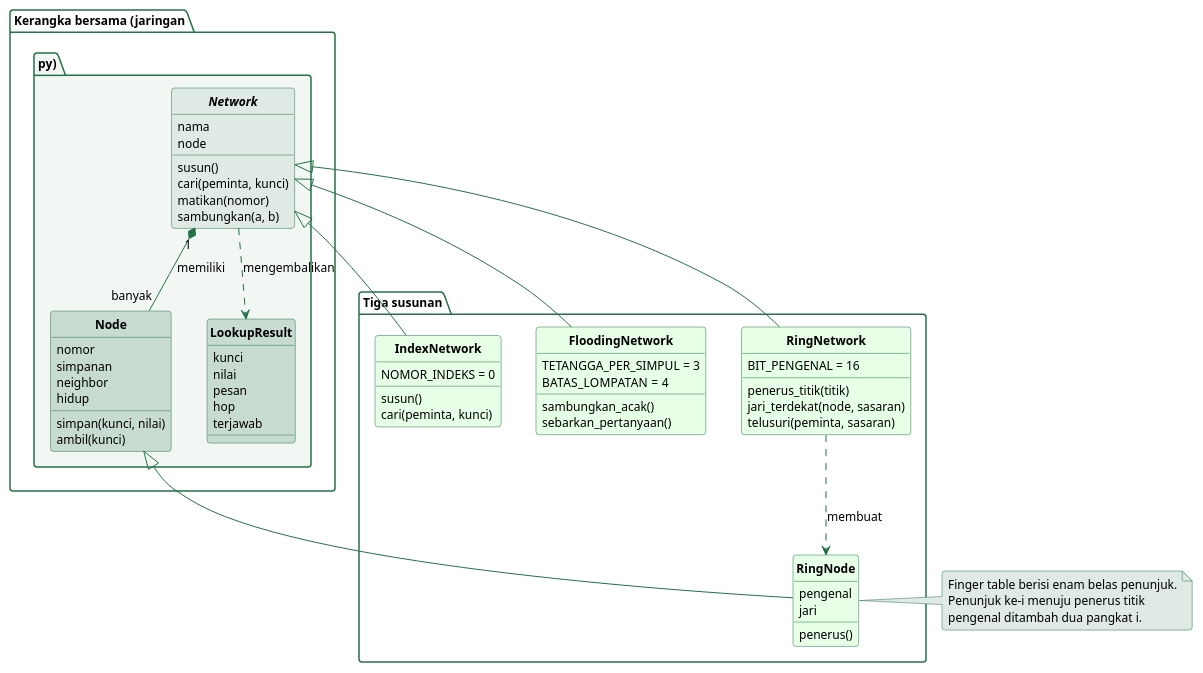
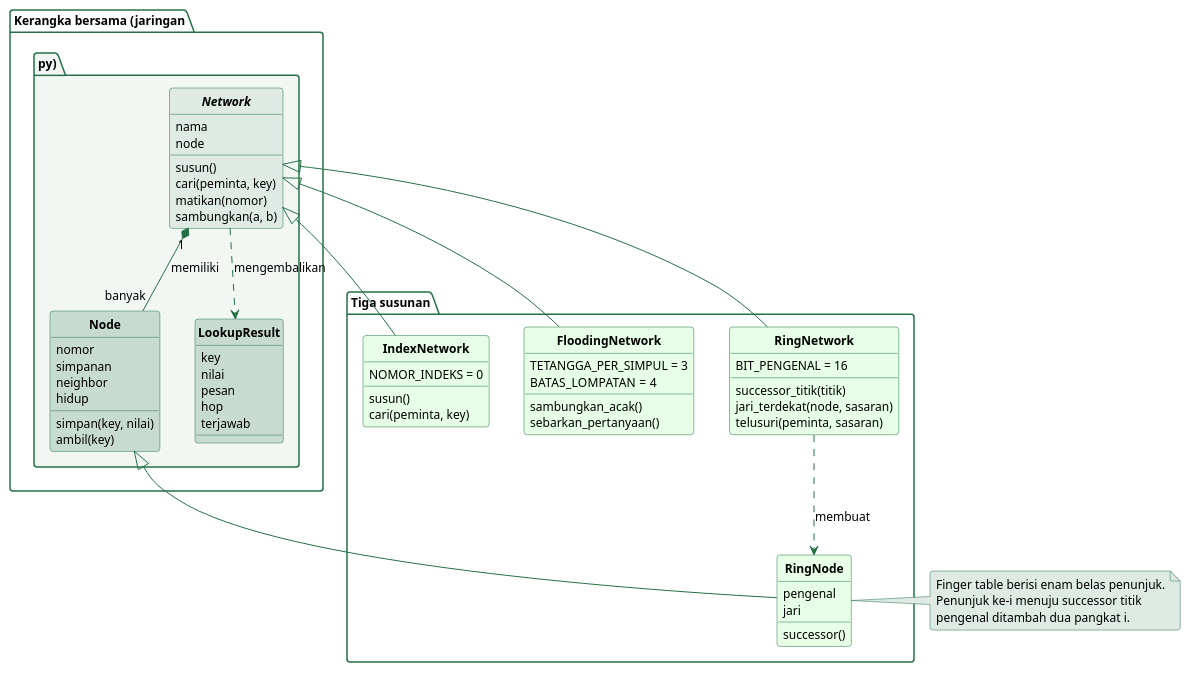
The diagram in sources/chapter07/diagram/kelas-p2p.puml (alfa-yohannis/software-architecture), drawn with PlantUML before and after one commit. The commit also changed other lines of this file and 20 other files, not shown here.

```diff
--- a/sources/chapter07/diagram/kelas-p2p.puml
+++ b/sources/chapter07/diagram/kelas-p2p.puml
@@ -12,100 +12,100 @@
 @startuml
 skinparam backgroundColor transparent
 skinparam defaultFontName Titillium Web
 skinparam defaultFontSize 13
 skinparam shadowing false
 skinparam roundCorner 6
 skinparam classAttributeIconSize 0
 skinparam classFontStyle bold
 skinparam ArrowColor #257147
 skinparam ArrowFontSize 12
 skinparam class {
   BorderColor #257147
   BackgroundColor #EBEBFF
   FontColor black
   AttributeFontSize 12
   StereotypeFontSize 11
 }
 skinparam package {
   BorderColor #257147
   BackgroundColor transparent
   FontColor black
   FontSize 12
 }
 skinparam note {
   BackgroundColor #DEEAE3
   BorderColor #257147
   FontSize 12
 }
 hide circle
 
 package "Kerangka bersama (jaringan.py)" #F2F7F4 {
   abstract class Network #DEEAE3 {
     nama
     node
     susun()
-    cari(peminta, kunci)
+    cari(peminta, key)
     matikan(nomor)
     sambungkan(a, b)
   }
 
   class Node #C8DBD1 {
     nomor
     simpanan
     neighbor
     hidup
-    simpan(kunci, nilai)
-    ambil(kunci)
+    simpan(key, nilai)
+    ambil(key)
   }
 
   class LookupResult #C8DBD1 {
-    kunci
+    key
     nilai
     pesan
     hop
     terjawab
   }
 }
 
 package "Tiga susunan" {
   class IndexNetwork #E6FFE6 {
     NOMOR_INDEKS = 0
     susun()
-    cari(peminta, kunci)
+    cari(peminta, key)
   }
 
   class FloodingNetwork #E6FFE6 {
     TETANGGA_PER_SIMPUL = 3
     BATAS_LOMPATAN = 4
     sambungkan_acak()
     sebarkan_pertanyaan()
   }
 
   class RingNetwork #E6FFE6 {
     BIT_PENGENAL = 16
-    penerus_titik(titik)
+    successor_titik(titik)
     jari_terdekat(node, sasaran)
     telusuri(peminta, sasaran)
   }
 
   class RingNode #E6FFE6 {
     pengenal
     jari
-    penerus()
+    successor()
   }
 }
 
 Network "1" *-- "banyak" Node : memiliki
 Network ..> LookupResult : mengembalikan
 Node <|-- RingNode
 Network <|-- IndexNetwork
 Network <|-- FloodingNetwork
 Network <|-- RingNetwork
 RingNetwork ..> RingNode : membuat
 
 note right of RingNode
   Finger table berisi enam belas penunjuk.
-  Penunjuk ke-i menuju penerus titik
+  Penunjuk ke-i menuju successor titik
   pengenal ditambah dua pangkat i.
 end note
 @enduml
```
